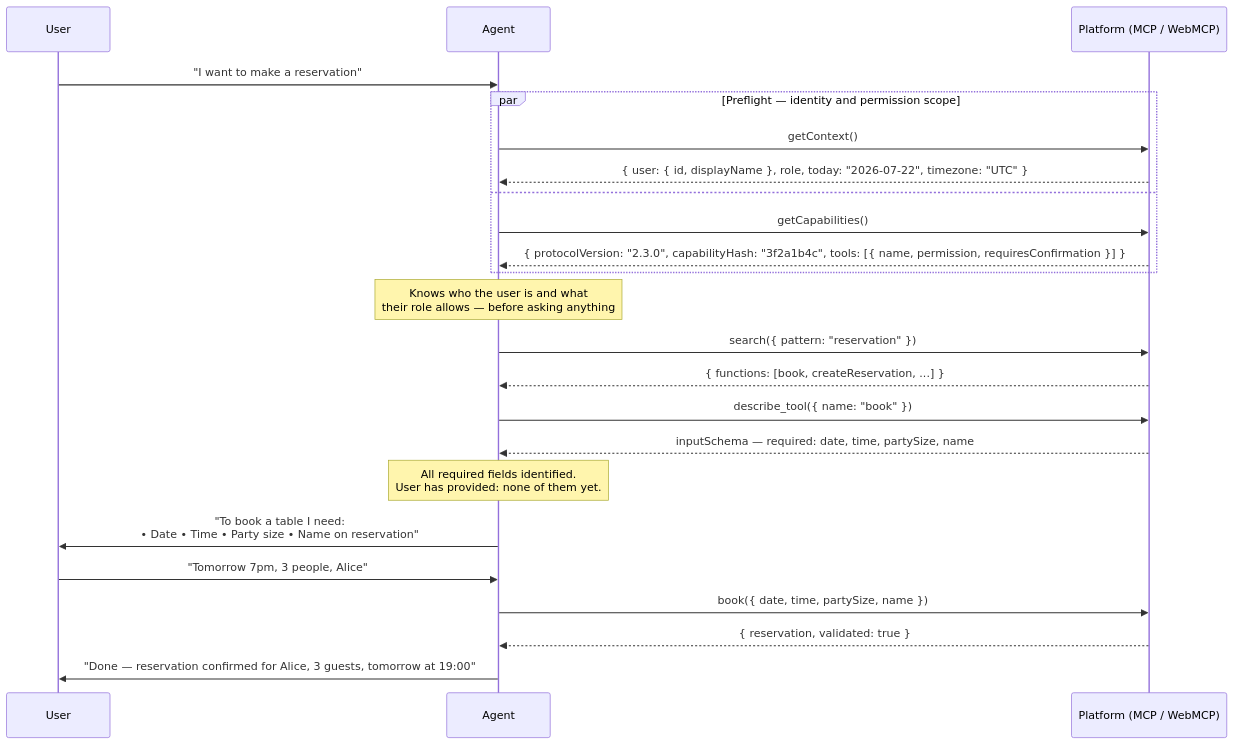
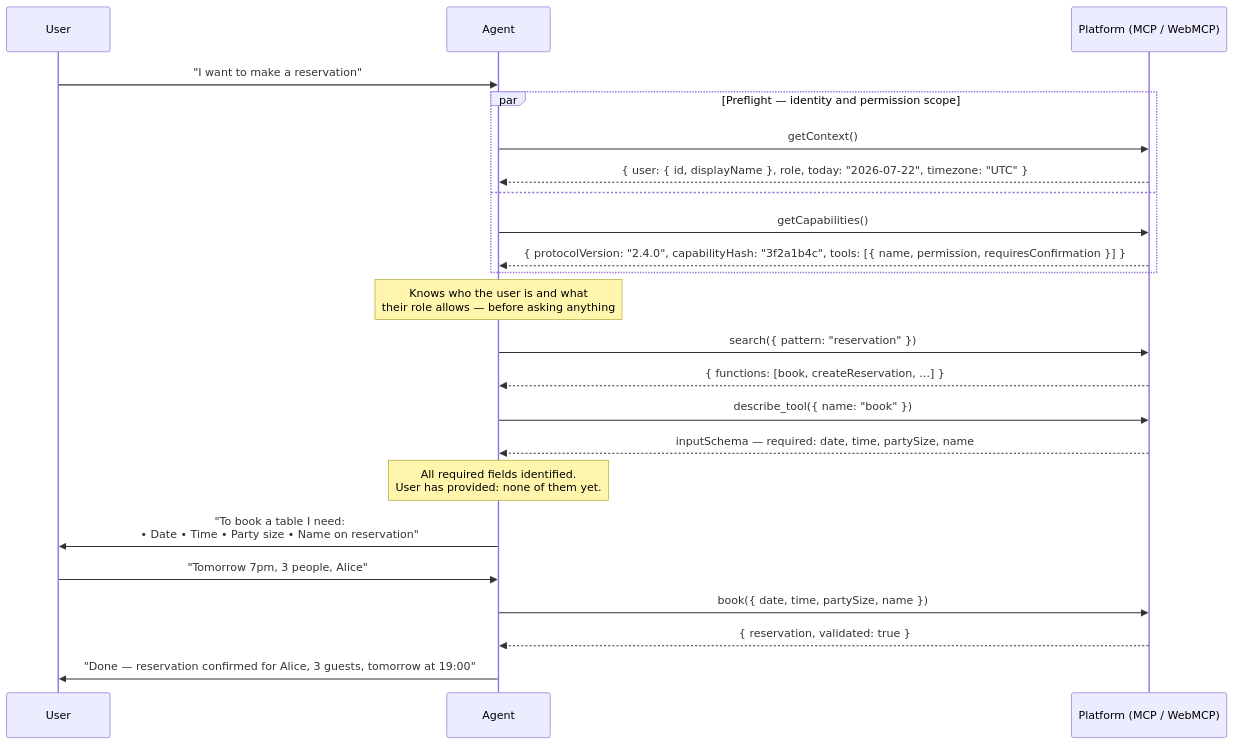
Before and after one commit to eliadco5/NavWebmcp: the fourth of 7 diagrams in README.md, drawn with Mermaid. The commit also changed other lines of this file and 18 other files, not shown here.

````diff
--- a/README.md
+++ b/README.md
@@ -191,35 +191,35 @@
 ```mermaid
 sequenceDiagram
     participant User
     participant Agent
     participant Platform as Platform (MCP / WebMCP)
 
     User->>Agent: "I want to make a reservation"
 
     par Preflight — identity and permission scope
         Agent->>Platform: getContext()
         Platform-->>Agent: { user: { id, displayName }, role, today: "2026-07-22", timezone: "UTC" }
     and
         Agent->>Platform: getCapabilities()
-        Platform-->>Agent: { protocolVersion: "2.3.0", capabilityHash: "3f2a1b4c", tools: [{ name, permission, requiresConfirmation }] }
+        Platform-->>Agent: { protocolVersion: "2.4.0", capabilityHash: "3f2a1b4c", tools: [{ name, permission, requiresConfirmation }] }
     end
 
     Note over Agent: Knows who the user is and what<br/>their role allows — before asking anything
 
     Agent->>Platform: search({ pattern: "reservation" })
     Platform-->>Agent: { functions: [book, createReservation, ...] }
 
     Agent->>Platform: describe_tool({ name: "book" })
     Platform-->>Agent: inputSchema — required: date, time, partySize, name
 
     Note over Agent: All required fields identified.<br/>User has provided: none of them yet.
 
     Agent->>User: "To book a table I need:<br/>• Date  • Time  • Party size  • Name on reservation"
 
     User->>Agent: "Tomorrow 7pm, 3 people, Alice"
 
     Agent->>Platform: book({ date, time, partySize, name })
     Platform-->>Agent: { reservation, validated: true }
 
     Agent->>User: "Done — reservation confirmed for Alice, 3 guests, tomorrow at 19:00"
 ```
````
